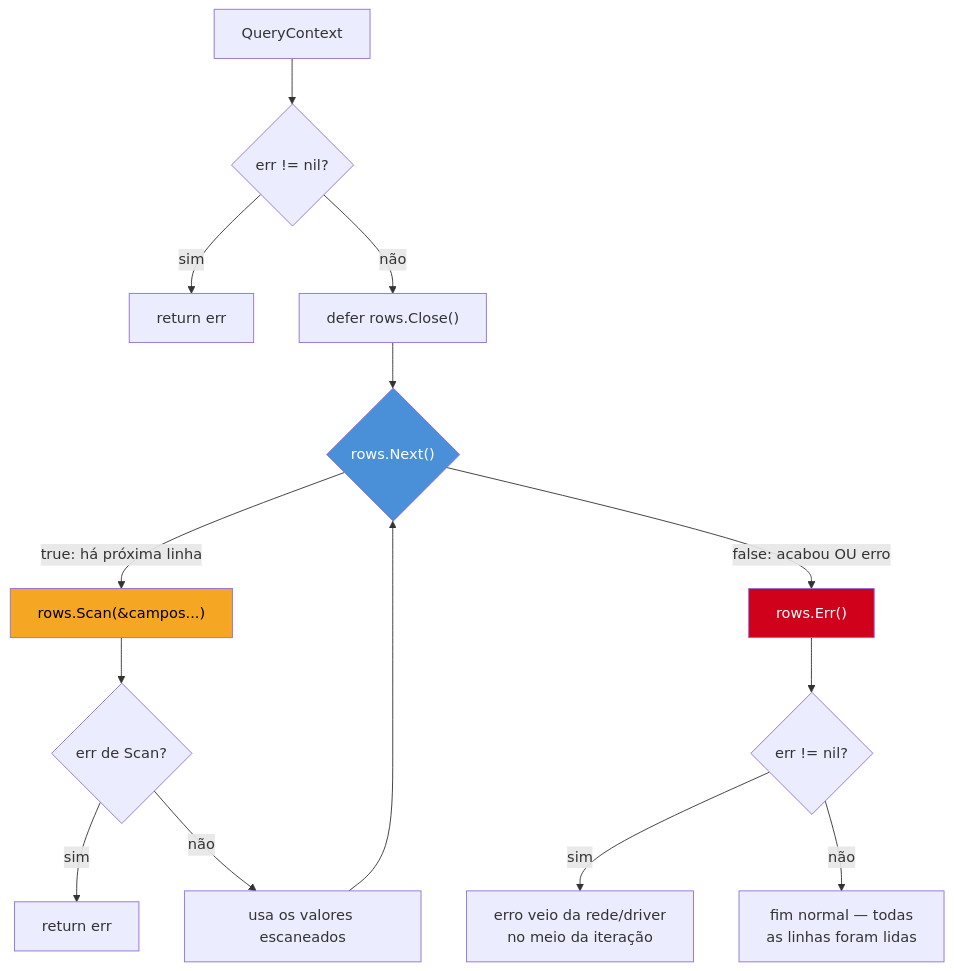
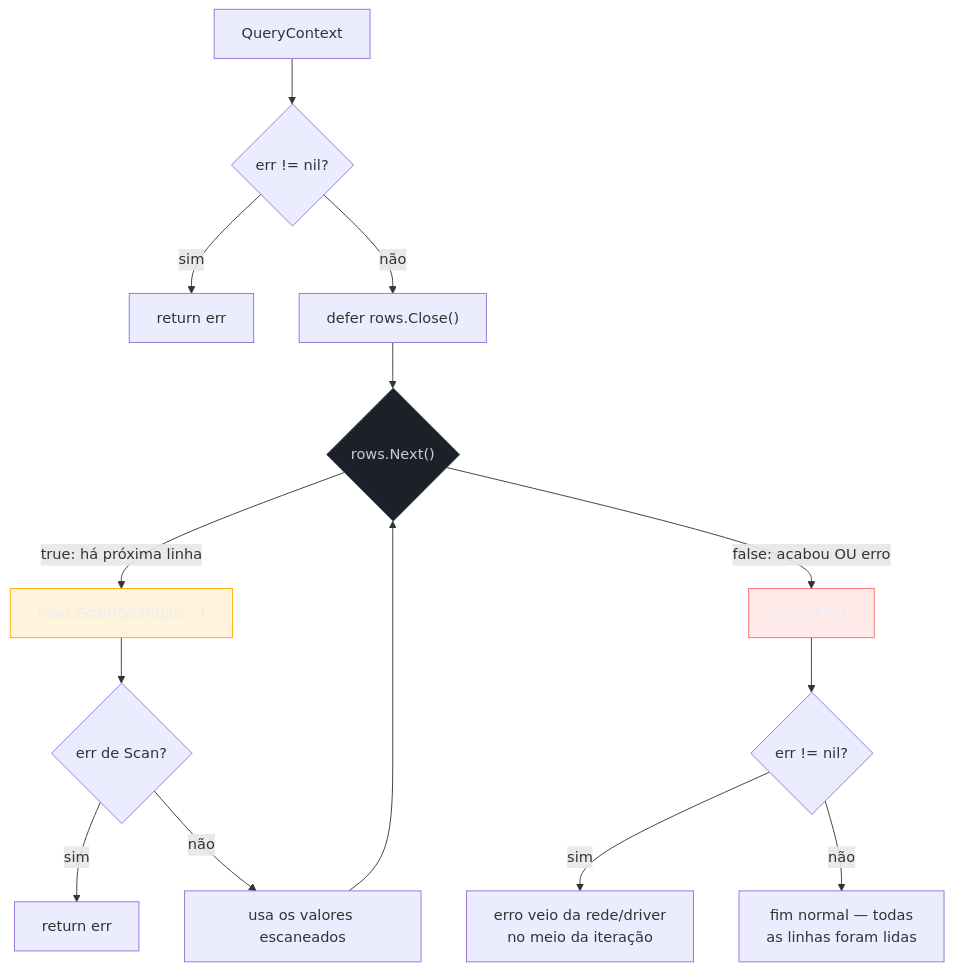
Before and after one commit to josenaldo/codex-technomanticus: the diagram in 03-Dominios/Tecnologia/Go/11 - Persistência/03 - Query, Scan e o mapeamento manual.md, drawn with Mermaid. The commit also changed 1181 other files, not shown here.

First line of the commit message:
fix(diagramas): paleta do sistema no lugar de cor cravada no markdown

````diff
--- a/03-Dominios/Tecnologia/Go/11 - Persistência/03 - Query, Scan e o mapeamento manual.md
+++ b/03-Dominios/Tecnologia/Go/11 - Persistência/03 - Query, Scan e o mapeamento manual.md
@@ -45,20 +45,23 @@
 ```mermaid
 flowchart TD
+    classDef neutro fill:#1B2029,stroke:#4E5666,color:#C6CCD8
+    classDef destaque fill:#FFAA0024,stroke:#FFAA00,color:#E9ECF2
+    classDef falha fill:#FF6B6B24,stroke:#FF6B6B,color:#E9ECF2
     A["QueryContext"] --> B{"err != nil?"}
     B -- sim --> Z1["return err"]
     B -- não --> C["defer rows.Close()"]
     C --> D{"rows.Next()"}
     D -- "true: há próxima linha" --> E["rows.Scan(&campos...)"]
     E --> F{"err de Scan?"}
     F -- sim --> Z2["return err"]
     F -- não --> G["usa os valores escaneados"]
     G --> D
     D -- "false: acabou OU erro" --> H["rows.Err()"]
     H --> I{"err != nil?"}
     I -- sim --> Z3["erro veio da rede/driver\nno meio da iteração"]
     I -- não --> J["fim normal — todas\nas linhas foram lidas"]
 
-    style D fill:#4A90D9,color:#fff
-    style E fill:#F5A623,color:#000
-    style H fill:#D0021B,color:#fff
+    class D neutro
+    class E destaque
+    class H falha
 ```
````
